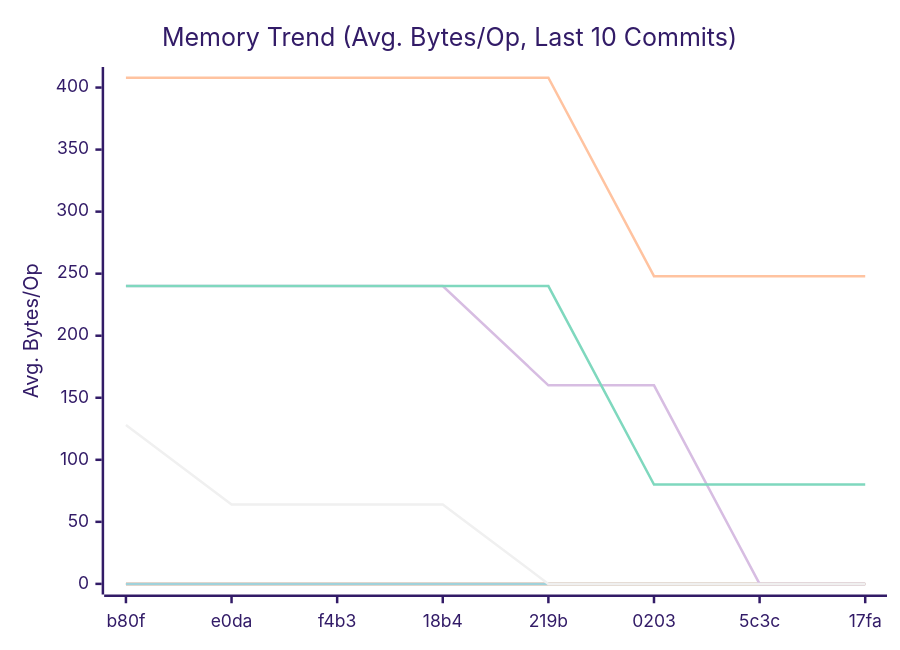
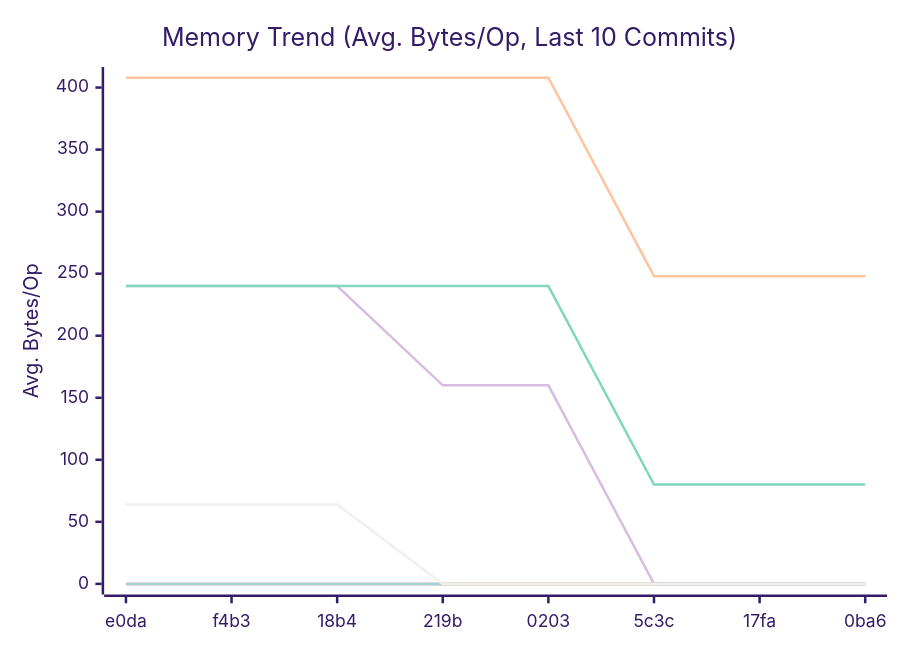
One commit to alsotoes/momo changed the second of 3 diagrams in docs/README.md. Above: the diagram before and after it, drawn with Mermaid (forest theme). The commit also changed other lines of this file and 1 other file, not shown here.

````diff
--- a/docs/README.md
+++ b/docs/README.md
@@ -202,14 +202,14 @@
 ```mermaid
 xychart-beta
     title "Memory Trend (Avg. Bytes/Op, Last 10 Commits)"
     x-axis "Commit"
     y-axis "Avg. Bytes/Op"
-    x-axis [b80f,e0da,f4b3,18b4,219b,0203,5c3c,17fa]
+    x-axis [e0da,f4b3,18b4,219b,0203,5c3c,17fa,0ba6]
     line "CheckMetricsAndSwap" [0,0,0,0,0,0,0,0,0,0]
     line "IndexDirectTracking" [0,0,0,0,0,0,0,0,0,0]
     line "IndexSearch" [0,0,0,0,0,0,0,0,0,0]
-    line "LoadGlobalConfig" [240,240,240,240,160,160,0,0,0,0]
-    line "PadString" [128,64,64,64,0,0,0,0,0,0]
+    line "LoadGlobalConfig" [240,240,240,160,160,0,0,0,0,0]
+    line "PadString" [64,64,64,0,0,0,0,0,0,0]
     line "ParseReplicationOrder_NoPrealloc" [408,408,408,408,408,248,248,248,248,248]
     line "ParseReplicationOrder_Prealloc" [240,240,240,240,240,80,80,80,80,80]
 ```
````
